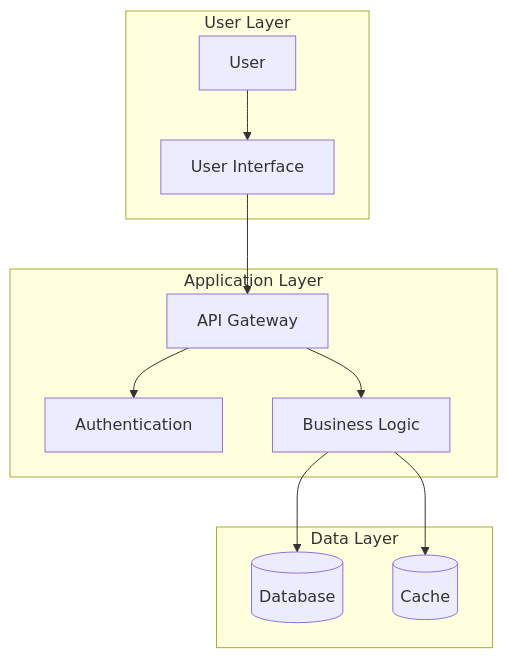
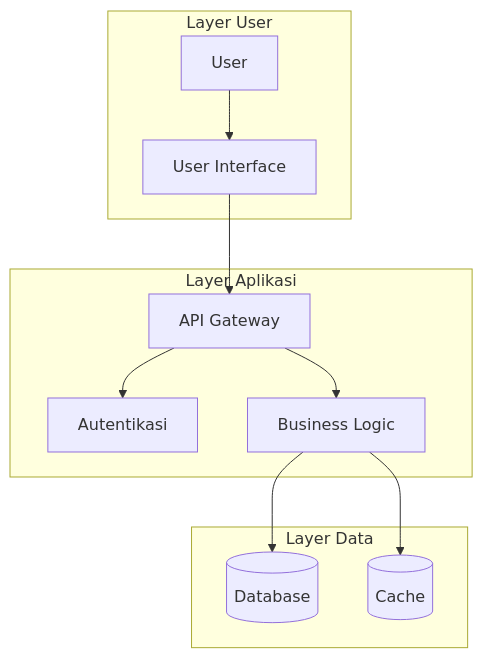
The eighth of 8 diagrams in flowcharts.mdx (alsyauqi/docs), drawn with Mermaid before and after one commit. The commit also changed other lines of this file, not shown here.

````diff
--- a/flowcharts.mdx
+++ b/flowcharts.mdx
@@ -166,17 +166,17 @@
-```mermaid Complex Flow
+```mermaid Alur Kompleks
 flowchart TB
-    subgraph "User Layer"
+    subgraph "Layer User"
         U[User] --> UI[User Interface]
     end
     
-    subgraph "Application Layer"
+    subgraph "Layer Aplikasi"
         UI --> API[API Gateway]
-        API --> AUTH[Authentication]
+        API --> AUTH[Autentikasi]
         API --> BL[Business Logic]
     end
     
-    subgraph "Data Layer"
+    subgraph "Layer Data"
         BL --> DB[(Database)]
         BL --> CACHE[(Cache)]
     end
 ```
````
